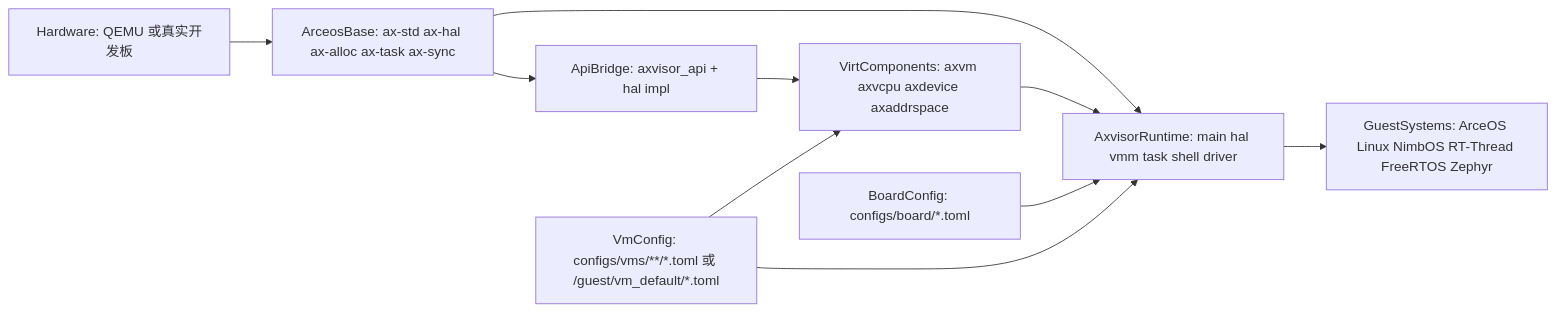
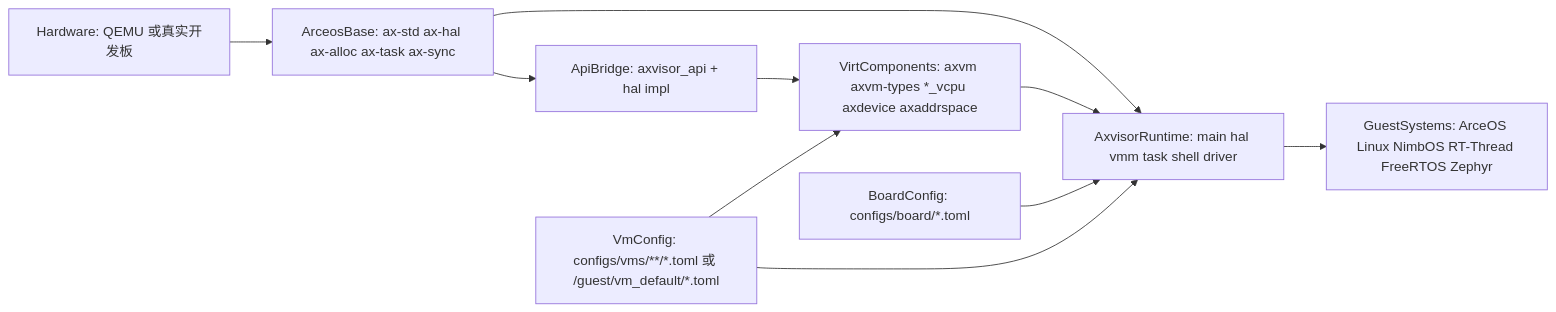
One commit to rcore-os/tgoskits changed the first of 5 diagrams in docs/docs/architecture/axvisor.md. Above: the diagram before and after it, drawn with Mermaid. The commit also changed other lines of this file and 79 other files, not shown here.

Commit message:
refactor(axvm): decouple vcpu backends

````diff
--- a/docs/docs/architecture/axvisor.md
+++ b/docs/docs/architecture/axvisor.md
@@ -27,21 +27,21 @@
 ```mermaid
 flowchart LR
     hardware["Hardware: QEMU 或真实开发板"]
     arceosBase["ArceosBase: ax-std ax-hal ax-alloc ax-task ax-sync"]
-    virtComponents["VirtComponents: axvm axvcpu axdevice axaddrspace"]
+    virtComponents["VirtComponents: axvm axvm-types *_vcpu axdevice axaddrspace"]
     apiBridge["ApiBridge: axvisor_api + hal impl"]
     axvisorRuntime["AxvisorRuntime: main hal vmm task shell driver"]
     guestSystems["GuestSystems: ArceOS Linux NimbOS RT-Thread FreeRTOS Zephyr"]
     boardConfig["BoardConfig: configs/board/*.toml"]
     vmConfig["VmConfig: configs/vms/**/*.toml 或 /guest/vm_default/*.toml"]
 
     hardware --> arceosBase
     arceosBase --> apiBridge
     arceosBase --> axvisorRuntime
     virtComponents --> axvisorRuntime
     apiBridge --> virtComponents
     axvisorRuntime --> guestSystems
     boardConfig --> axvisorRuntime
     vmConfig --> axvisorRuntime
     vmConfig --> virtComponents
 ```
````
